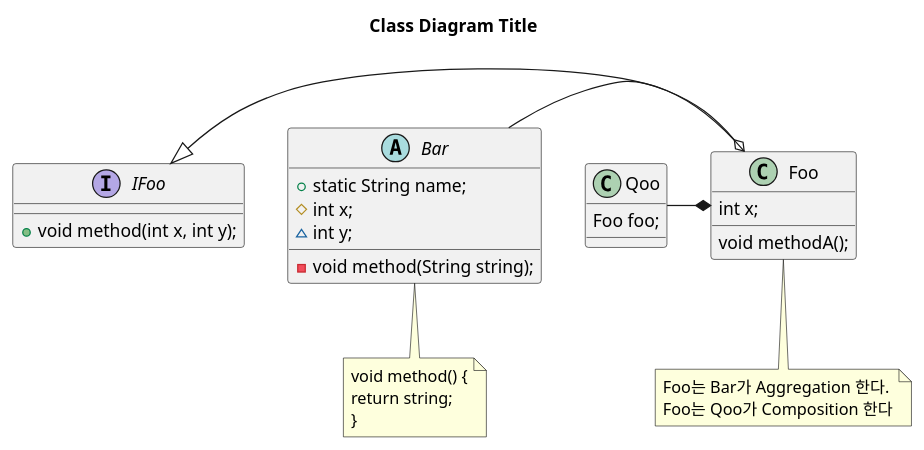
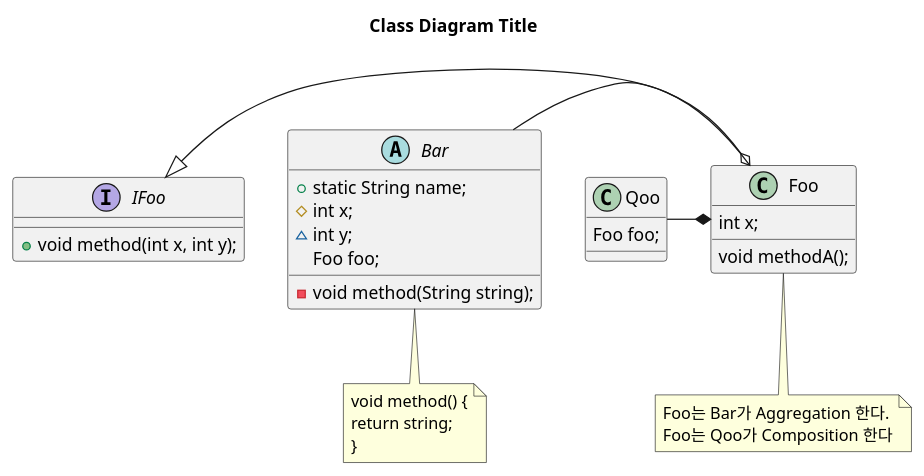
The diagram in Java/Source/ch04/src/s05/Test01.puml (FoeverNa/TIL), drawn with PlantUML before and after one commit. The commit also changed 21 other files, not shown here.

```diff
--- a/Java/Source/ch04/src/s05/Test01.puml
+++ b/Java/Source/ch04/src/s05/Test01.puml
@@ -1,40 +1,41 @@
 @startuml
 
 interface IFoo{
     + void method(int x, int y);
 
 }
 
 abstract class Bar{
    + static String name;
    # int x;
    ~ int y;
+   Foo foo;
    - void method(String string);
 }
 class Qoo{
     Foo foo;
 }
 class Foo{
     int x;
     void methodA();
 }
 
-Foo -left|> IFoo
+Foo -Left|> IFoo
 Bar -o Foo
-Qoo -right* Foo
+Qoo -Right* Foo
 
 title Class Diagram Title
 
 note bottom of Bar
  void method() {
  return string;
  }
 end note
 
 note bottom of Foo
 Foo는 Bar가 Aggregation 한다.
 Foo는 Qoo가 Composition 한다
 end note
 
 
 @enduml
```
